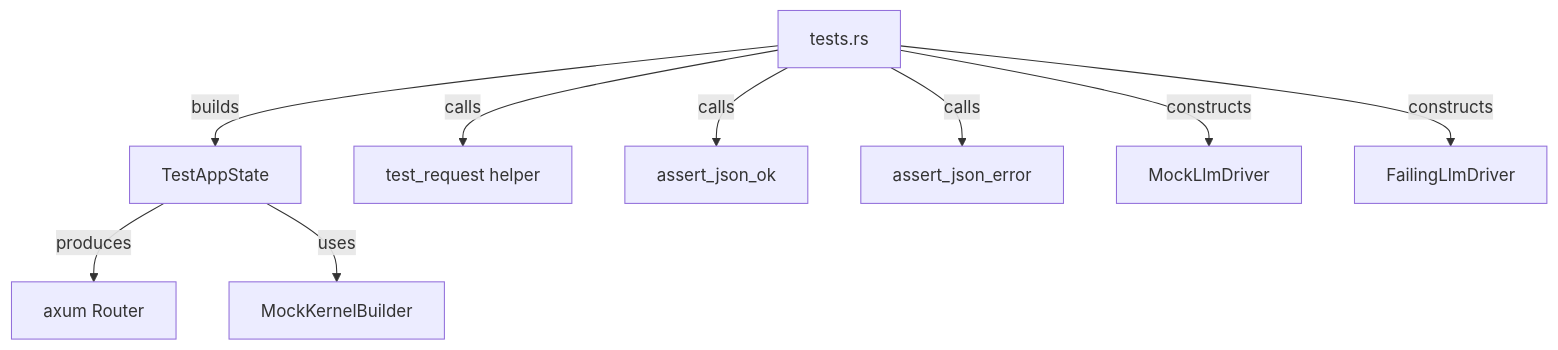
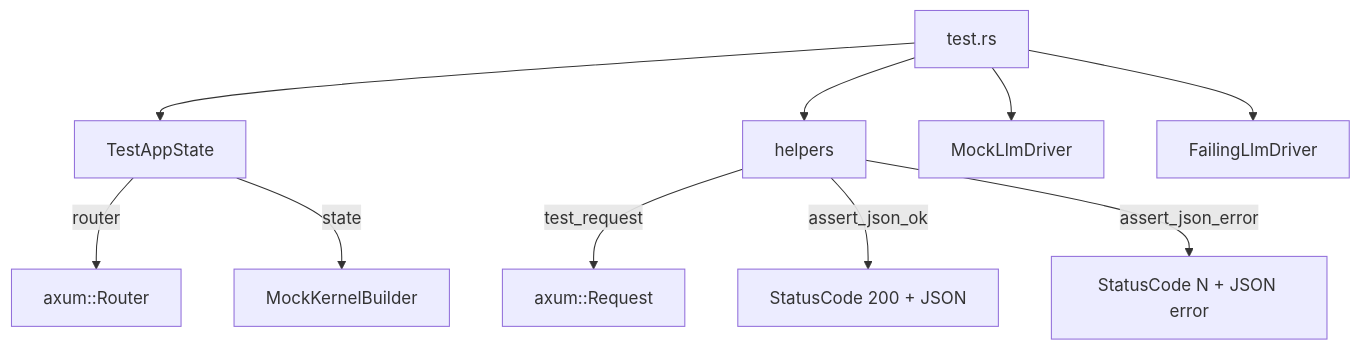
One commit to leszek3737/librefang-WIki changed the diagram in other-librefang-testing-src.md. Above: the diagram before and after it, drawn with Mermaid. The commit also changed other lines of this file and 128 other files, not shown here.

````diff
--- a/other-librefang-testing-src.md
+++ b/other-librefang-testing-src.md
@@ -13,11 +18,12 @@
 ```mermaid
 graph TD
-    TC[tests.rs] -->|builds| TAS[TestAppState]
-    TAS -->|produces| R[axum Router]
-    TC -->|calls| TR[test_request helper]
-    TC -->|calls| AJO[assert_json_ok]
-    TC -->|calls| AJE[assert_json_error]
-    TC -->|constructs| MLD[MockLlmDriver]
-    TC -->|constructs| FLD[FailingLlmDriver]
-    TAS -->|uses| MKB[MockKernelBuilder]
+    T[test.rs] --> TA[TestAppState]
+    TA -->|router| AX[axum::Router]
+    TA -->|state| MK[MockKernelBuilder]
+    T --> H[helpers]
+    H -->|test_request| REQ[axum::Request]
+    H -->|assert_json_ok| OK[StatusCode 200 + JSON]
+    H -->|assert_json_error| ERR[StatusCode N + JSON error]
+    T --> MD[MockLlmDriver]
+    T --> FD[FailingLlmDriver]
 ```
````
